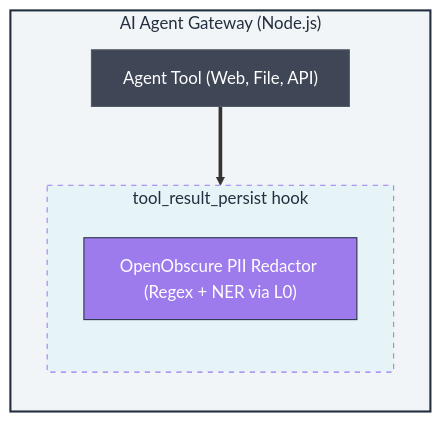
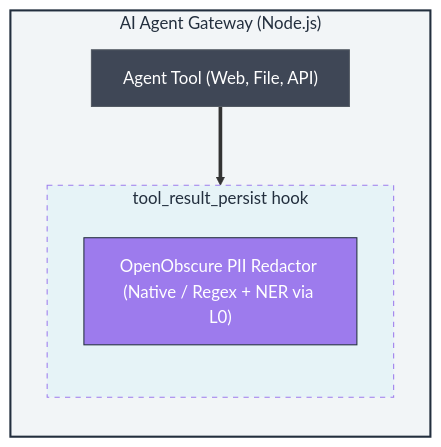
Before and after one commit to OpenObscure/OpenObscure: the diagram in openobscure-plugin/ARCHITECTURE.md, drawn with Mermaid. The commit also changed other lines of this file and 7 other files, not shown here.

First line of the commit message:
Docs refresh: add NAPI addon docs, update test counts and architecture

````diff
--- a/openobscure-plugin/ARCHITECTURE.md
+++ b/openobscure-plugin/ARCHITECTURE.md
@@ -11,18 +11,18 @@
 ```mermaid
 graph TD
     subgraph Gateway ["AI Agent Gateway (Node.js)"]
         direction TB
         AgentTool["Agent Tool (Web, File, API)"]
         subgraph HookContainer ["tool_result_persist hook"]
             direction TB
-            Redactor["OpenObscure PII Redactor (Regex + NER via L0)"]
+            Redactor["OpenObscure PII Redactor (Native / Regex + NER via L0)"]
         end
     end
 
     AgentTool ==> HookContainer
 
     style Gateway fill:#f2f5f7,stroke:#232F3E,stroke-width:2px,color:#232F3E
     style HookContainer fill:#e6f3f7,stroke:#9D7BED,stroke-dasharray: 5 5,color:#232F3E
     style AgentTool fill:#3F4756,stroke:#545b64,color:#fff
     style Redactor fill:#9D7BED,stroke:#232F3E,color:#fff
 ```
````
